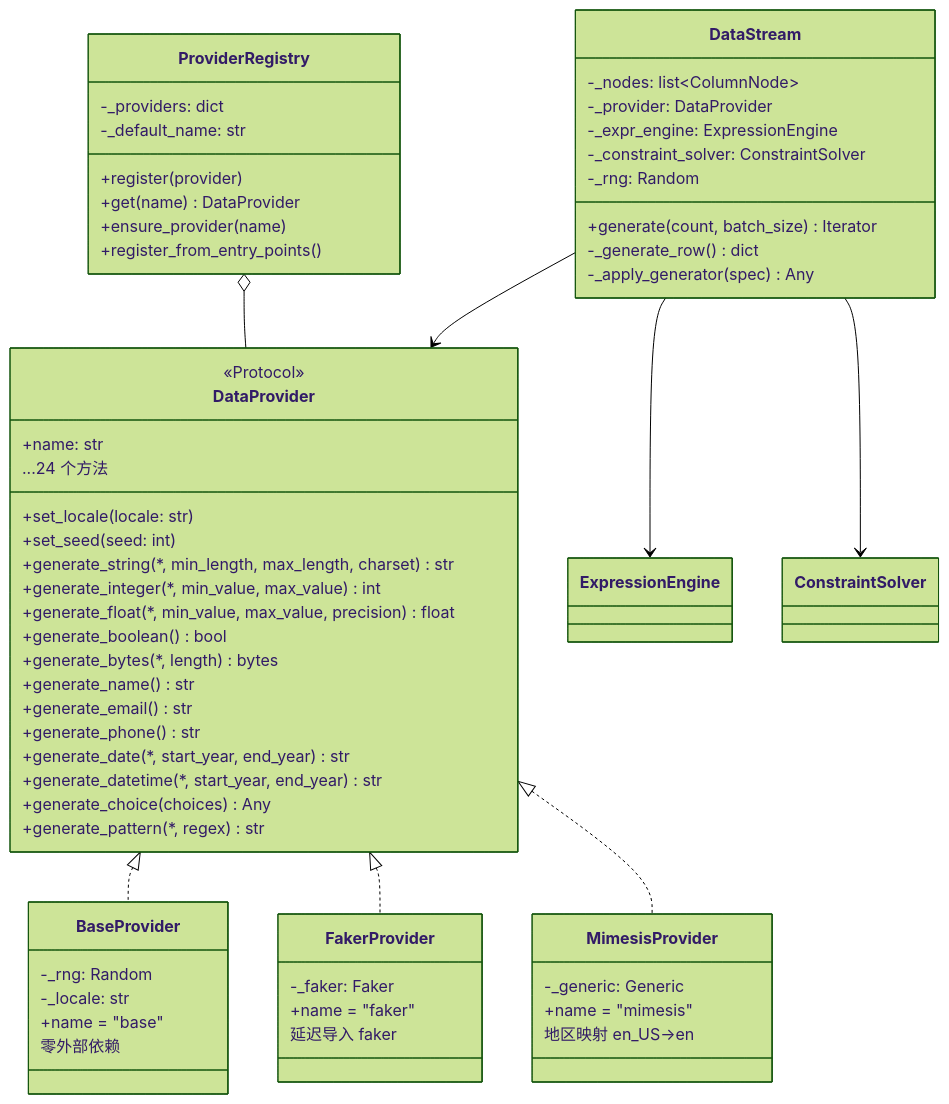
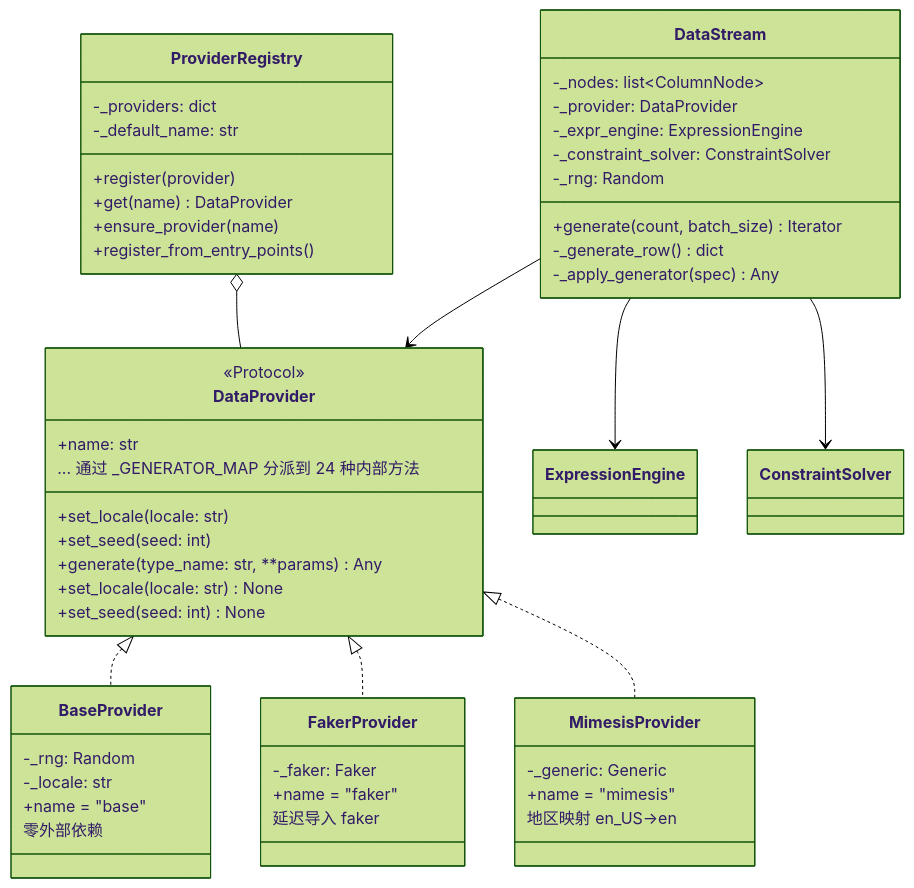
One commit to sunbos/sqlseed changed the fourth of 10 diagrams in docs/architecture.md. Above: the diagram before and after it, drawn with Mermaid (forest theme). The commit also changed other lines of this file and 3 other files, not shown here.

````diff
--- a/docs/architecture.md
+++ b/docs/architecture.md
@@ -235,69 +235,60 @@
 ```mermaid
 classDiagram
     class DataProvider {
         <<Protocol>>
         +name: str
         +set_locale(locale: str)
         +set_seed(seed: int)
-        +generate_string(*, min_length, max_length, charset) str
-        +generate_integer(*, min_value, max_value) int
-        +generate_float(*, min_value, max_value, precision) float
-        +generate_boolean() bool
-        +generate_bytes(*, length) bytes
-        +generate_name() str
-        +generate_email() str
-        +generate_phone() str
-        +generate_date(*, start_year, end_year) str
-        +generate_datetime(*, start_year, end_year) str
-        +generate_choice(choices) Any
-        +generate_pattern(*, regex) str
-        ...24 个方法
+        +generate(type_name: str, **params) Any
+        +set_locale(locale: str) None
+        +set_seed(seed: int) None
+        ... 通过 _GENERATOR_MAP 分派到 24 种内部方法
     }
 
     class BaseProvider {
         -_rng: Random
         -_locale: str
         +name = "base"
         零外部依赖
     }
 
     class FakerProvider {
         -_faker: Faker
         +name = "faker"
         延迟导入 faker
     }
 
     class MimesisProvider {
         -_generic: Generic
         +name = "mimesis"
         地区映射 en_US→en
     }
 
     class ProviderRegistry {
         -_providers: dict
         -_default_name: str
         +register(provider)
         +get(name) DataProvider
         +ensure_provider(name)
         +register_from_entry_points()
     }
 
     class DataStream {
         -_nodes: list~ColumnNode~
         -_provider: DataProvider
         -_expr_engine: ExpressionEngine
         -_constraint_solver: ConstraintSolver
         -_rng: Random
         +generate(count, batch_size) Iterator
         -_generate_row() dict
         -_apply_generator(spec) Any
     }
 
     DataProvider <|.. BaseProvider
     DataProvider <|.. FakerProvider
     DataProvider <|.. MimesisProvider
     ProviderRegistry o-- DataProvider
     DataStream --> DataProvider
     DataStream --> ExpressionEngine
     DataStream --> ConstraintSolver
 ```
````
